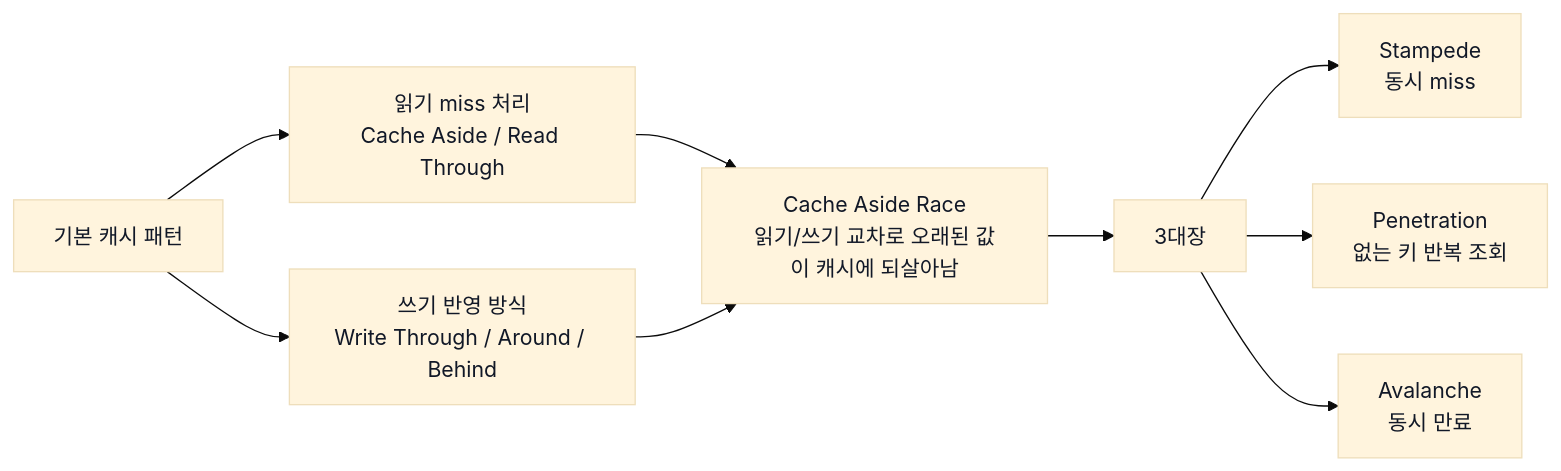
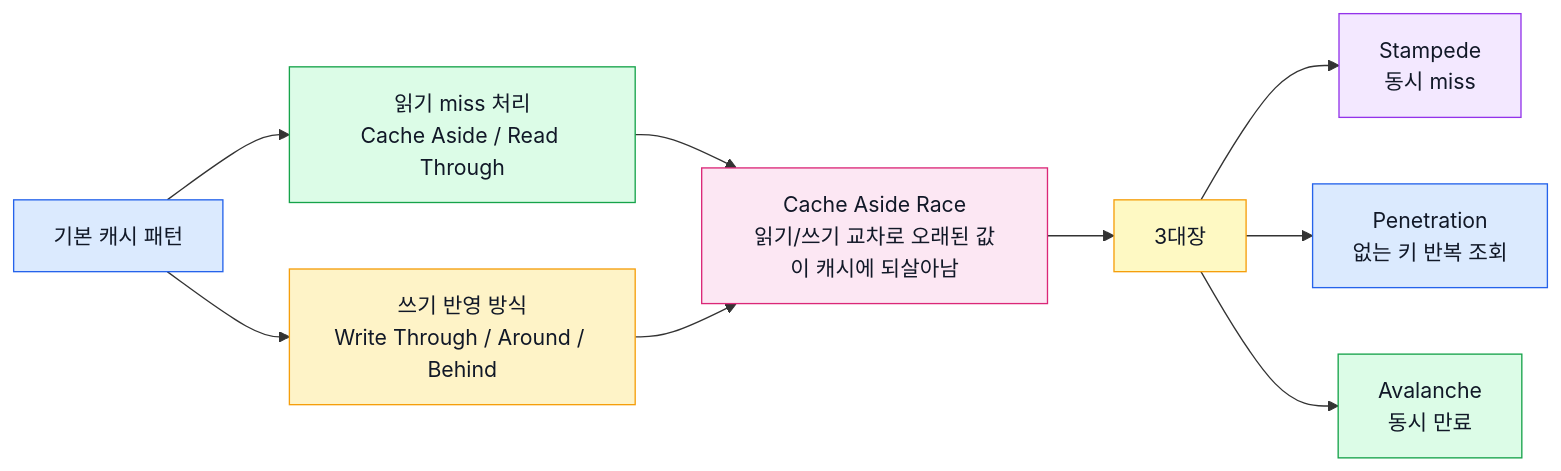
Before and after one commit to HJC96/deep-dive: the first of 10 diagrams in labs/cache-patterns/README.md, drawn with Mermaid. The commit also changed other lines of this file and 4 other files, not shown here.

````diff
--- a/labs/cache-patterns/README.md
+++ b/labs/cache-patterns/README.md
@@ -11,21 +11,33 @@
 ```mermaid
-%%{init: {"theme": "base", "themeVariables": {"primaryTextColor": "#111827", "secondaryTextColor": "#111827", "tertiaryTextColor": "#111827", "actorTextColor": "#111827", "signalTextColor": "#111827", "labelTextColor": "#111827", "noteTextColor": "#111827", "noteBkgColor": "#ffffff", "noteBorderColor": "#374151", "sequenceNumberColor": "#111827"}}}%%
 flowchart LR
     Start["기본 캐시 패턴"]
     Read["읽기 miss 처리<br/>Cache Aside / Read Through"]
     Write["쓰기 반영 방식<br/>Write Through / Around / Behind"]
     Race["Cache Aside Race<br/>읽기/쓰기 교차로 오래된 값이 캐시에 되살아남"]
     Problems["3대장"]
     Stampede["Stampede<br/>동시 miss"]
     Penetration["Penetration<br/>없는 키 반복 조회"]
     Avalanche["Avalanche<br/>동시 만료"]
 
     Start --> Read
     Start --> Write
     Read --> Race
     Write --> Race
     Race --> Problems
     Problems --> Stampede
     Problems --> Penetration
     Problems --> Avalanche
+
+    classDef blue fill:#DBEAFE,stroke:#2563EB,color:#111827
+    classDef green fill:#DCFCE7,stroke:#16A34A,color:#111827
+    classDef orange fill:#FEF3C7,stroke:#F59E0B,color:#111827
+    classDef pink fill:#FCE7F3,stroke:#DB2777,color:#111827
+    classDef yellow fill:#FEF9C3,stroke:#F59E0B,color:#111827
+    classDef purple fill:#F3E8FF,stroke:#9333EA,color:#111827
+    class Start,Penetration blue
+    class Read,Avalanche green
+    class Write orange
+    class Race pink
+    class Problems yellow
+    class Stampede purple
 ```
````
